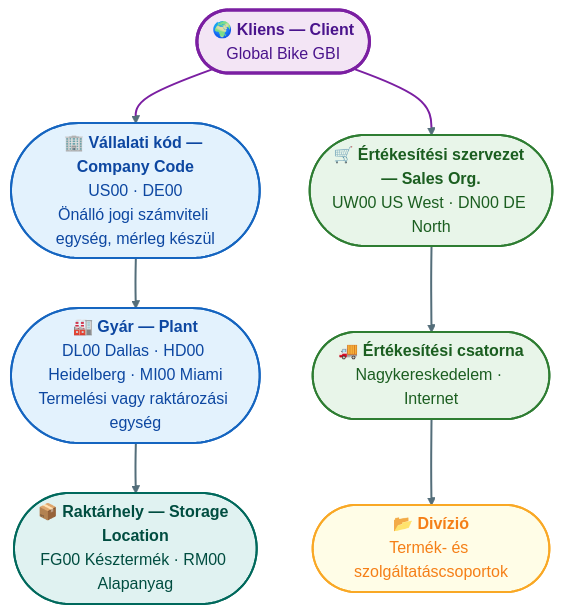
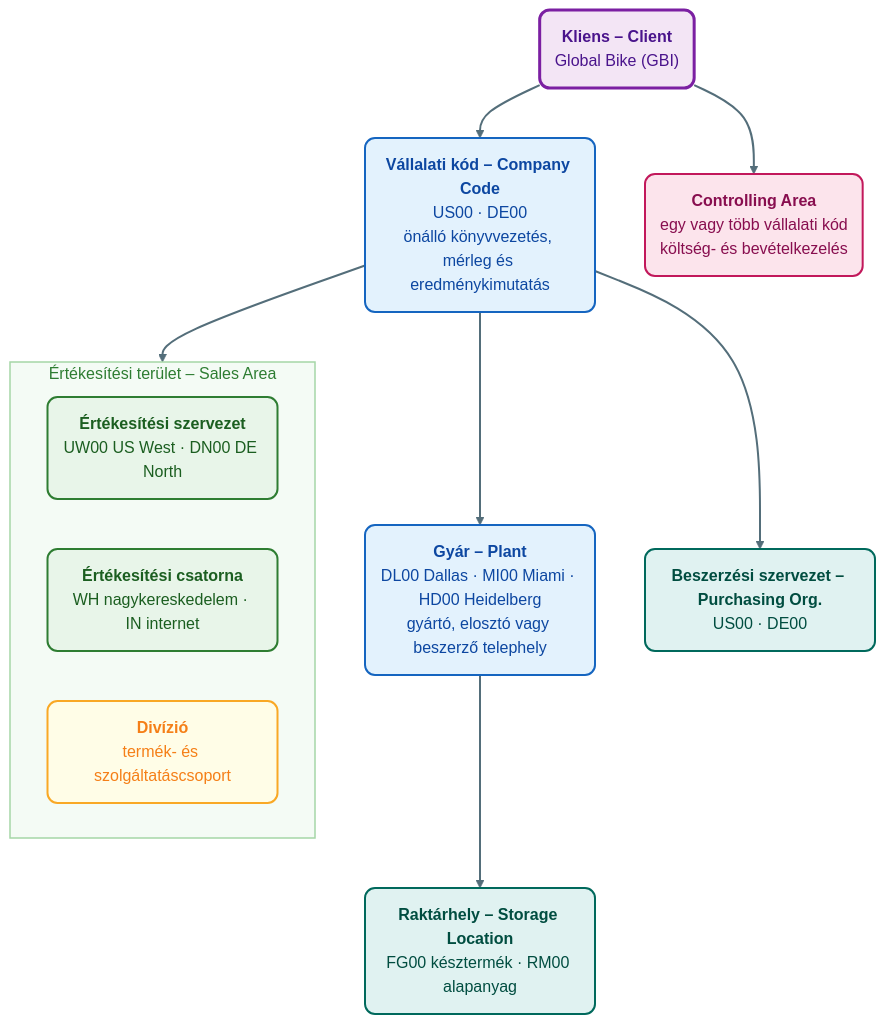
The second of 3 diagrams in Tételek/V14-GMXIV2MBLF-SAP S4HANA struktúra és modulok.tétel.md (denespocsik/MM_BSC_Zarovizsga), drawn with Mermaid before and after one commit. The commit also changed other lines of this file and 2 other files, not shown here.

First line of the commit message:
docs(V14): V14 tétel revíziója a Novák segédanyag és a Global Bike diasorok alapján

````diff
--- a/Tételek/V14-GMXIV2MBLF-SAP S4HANA struktúra és modulok.tétel.md
+++ b/Tételek/V14-GMXIV2MBLF-SAP S4HANA struktúra és modulok.tétel.md
@@ -66,22 +103,31 @@
 ```mermaid
 flowchart TD
-    CL(["🌍 <b>Kliens — Client</b><br/>Global Bike GBI"]):::lilaH
-    CC(["🏢 <b>Vállalati kód — Company Code</b><br/>US00 · DE00<br/>Önálló jogi számviteli egység, mérleg készül"]):::kek
-    PL(["🏭 <b>Gyár — Plant</b><br/>DL00 Dallas · HD00 Heidelberg · MI00 Miami<br/>Termelési vagy raktározási egység"]):::kek
-    SL(["📦 <b>Raktárhely — Storage Location</b><br/>FG00 Késztermék · RM00 Alapanyag"]):::turkiz
-    SO(["🛒 <b>Értékesítési szervezet — Sales Org.</b><br/>UW00 US West · DN00 DE North"]):::zold
-    DC(["🚚 <b>Értékesítési csatorna</b><br/>Nagykereskedelem · Internet"]):::zold
-    DV(["📂 <b>Divízió</b><br/>Termék- és szolgáltatáscsoportok"]):::sarga
+    CL("<b>Kliens – Client</b><br/>Global Bike (GBI)"):::lilaH
+    CC("<b>Vállalati kód – Company Code</b><br/>US00 · DE00<br/>önálló könyvvezetés, mérleg és eredménykimutatás"):::kek
+    PL("<b>Gyár – Plant</b><br/>DL00 Dallas · MI00 Miami · HD00 Heidelberg<br/>gyártó, elosztó vagy beszerző telephely"):::kek
+    SL("<b>Raktárhely – Storage Location</b><br/>FG00 késztermék · RM00 alapanyag"):::turkiz
+    PO("<b>Beszerzési szervezet – Purchasing Org.</b><br/>US00 · DE00"):::turkiz
+    subgraph SA["Értékesítési terület – Sales Area"]
+        direction LR
+        SO("<b>Értékesítési szervezet</b><br/>UW00 US West · DN00 DE North"):::zold
+        DC("<b>Értékesítési csatorna</b><br/>WH nagykereskedelem · IN internet"):::zold
+        DV("<b>Divízió</b><br/>termék- és szolgáltatáscsoport"):::sarga
+    end
+    CO("<b>Controlling Area</b><br/>egy vagy több vállalati kód<br/>költség- és bevételkezelés"):::rozsa
 
     CL --> CC --> PL --> SL
-    CL --> SO --> DC --> DV
+    CC --> PO
+    CC --> SA
+    CL --> CO
 
     classDef kek    fill:#e3f2fd,stroke:#1565c0,stroke-width:2px,color:#0d47a1,rx:10,ry:10;
     classDef zold   fill:#e8f5e9,stroke:#2e7d32,stroke-width:2px,color:#1b5e20,rx:10,ry:10;
+    classDef rozsa  fill:#fce4ec,stroke:#c2185b,stroke-width:2px,color:#880e4f,rx:10,ry:10;
     classDef lilaH  fill:#f3e5f5,stroke:#7b1fa2,stroke-width:3px,color:#4a148c,rx:10,ry:10;
     classDef turkiz fill:#e0f2f1,stroke:#00695c,stroke-width:2px,color:#004d40,rx:10,ry:10;
     classDef sarga  fill:#fffde7,stroke:#f9a825,stroke-width:2px,color:#f57f17,rx:10,ry:10;
 
+    style SA fill:#f4fbf5,stroke:#a5d6a7,stroke-width:1.5px,color:#2e7d32;
+
     linkStyle default stroke:#546e7a,stroke-width:2px;
-    linkStyle 0,3 stroke:#7b1fa2,stroke-width:2px;
 ```
````
